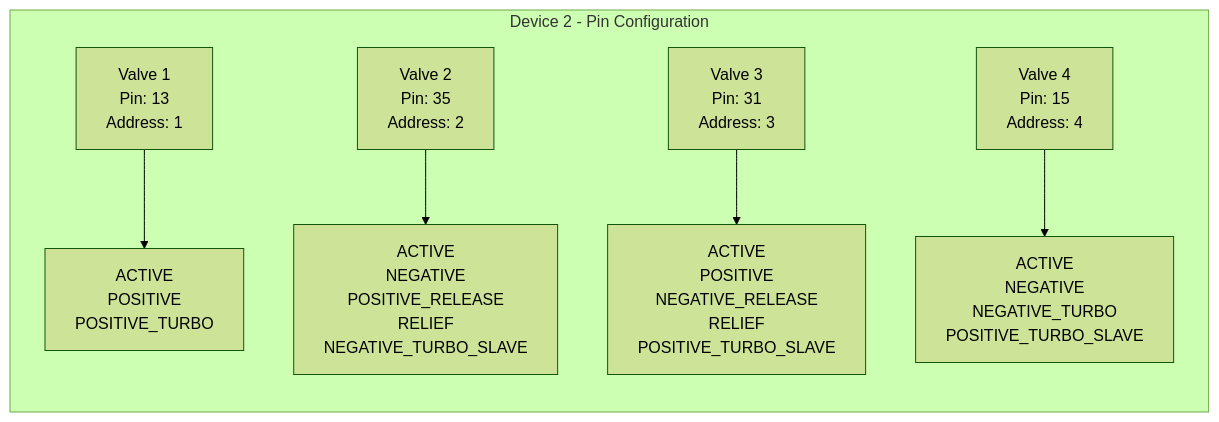
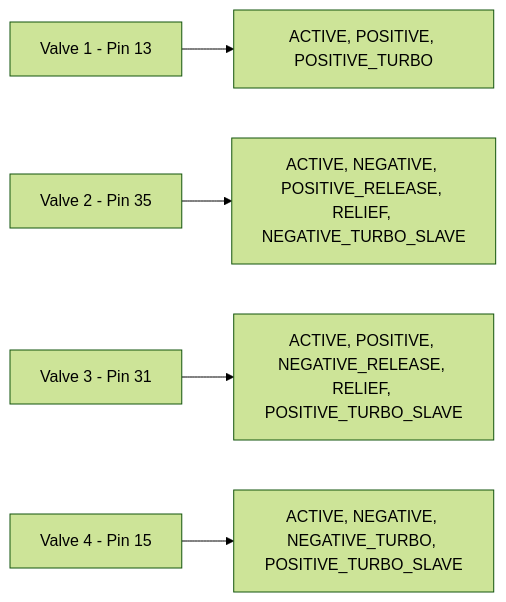
The second of 2 diagrams in docs/README.md (amr-kasem/ifet-firmware), drawn with Mermaid (forest theme) before and after one commit. The commit also changed other lines of this file, not shown here.

````diff
--- a/docs/README.md
+++ b/docs/README.md
@@ -22,14 +32,7 @@
 ```mermaid
 flowchart LR
-    subgraph Device2["Device 2 - Pin Configuration"]
-        V1_2["Valve 1<br/>Pin: 13<br/>Address: 1"]
-        V2_2["Valve 2<br/>Pin: 35<br/>Address: 2"]
-        V3_2["Valve 3<br/>Pin: 31<br/>Address: 3"]
-        V4_2["Valve 4<br/>Pin: 15<br/>Address: 4"]
-        
-        V1_2 --> R1_2["ACTIVE<br/>POSITIVE<br/>POSITIVE_TURBO"]
-        V2_2 --> R2_2["ACTIVE<br/>NEGATIVE<br/>POSITIVE_RELEASE<br/>RELIEF<br/>NEGATIVE_TURBO_SLAVE"]
-        V3_2 --> R3_2["ACTIVE<br/>POSITIVE<br/>NEGATIVE_RELEASE<br/>RELIEF<br/>POSITIVE_TURBO_SLAVE"]
-        V4_2 --> R4_2["ACTIVE<br/>NEGATIVE<br/>NEGATIVE_TURBO<br/>POSITIVE_TURBO_SLAVE"]
-    end
+    V1_2["Valve 1 - Pin 13"] --> R1_2["ACTIVE, POSITIVE, POSITIVE_TURBO"]
+    V2_2["Valve 2 - Pin 35"] --> R2_2["ACTIVE, NEGATIVE, POSITIVE_RELEASE, RELIEF, NEGATIVE_TURBO_SLAVE"]
+    V3_2["Valve 3 - Pin 31"] --> R3_2["ACTIVE, POSITIVE, NEGATIVE_RELEASE, RELIEF, POSITIVE_TURBO_SLAVE"]
+    V4_2["Valve 4 - Pin 15"] --> R4_2["ACTIVE, NEGATIVE, NEGATIVE_TURBO, POSITIVE_TURBO_SLAVE"]
 ```
````
